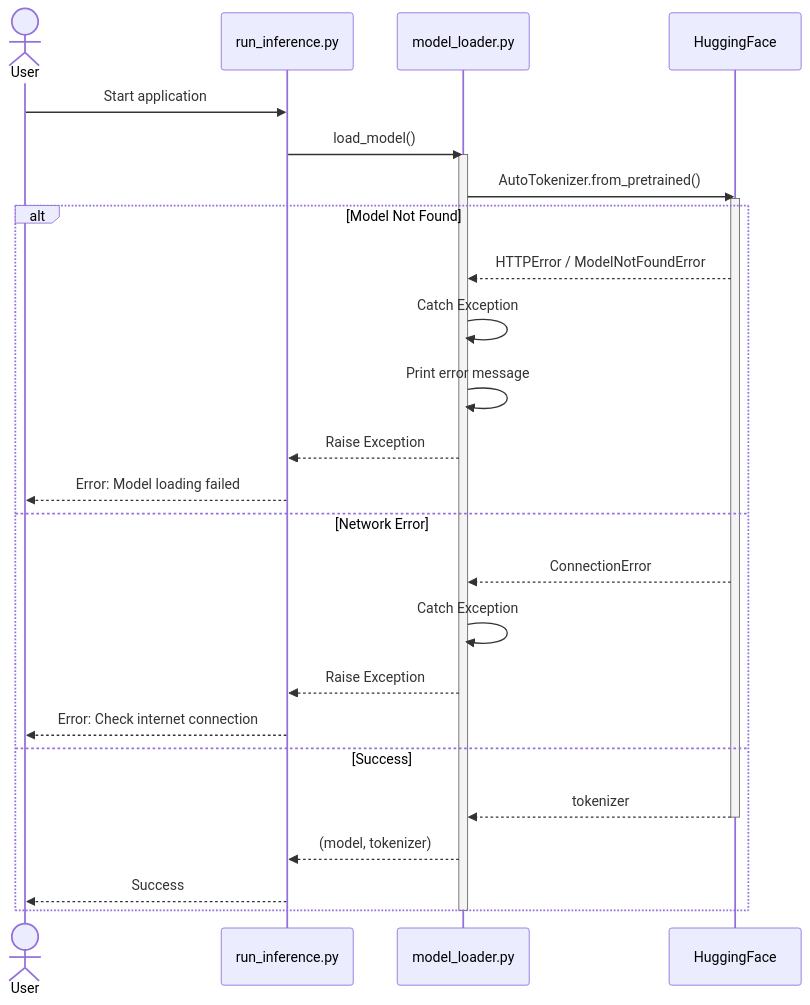
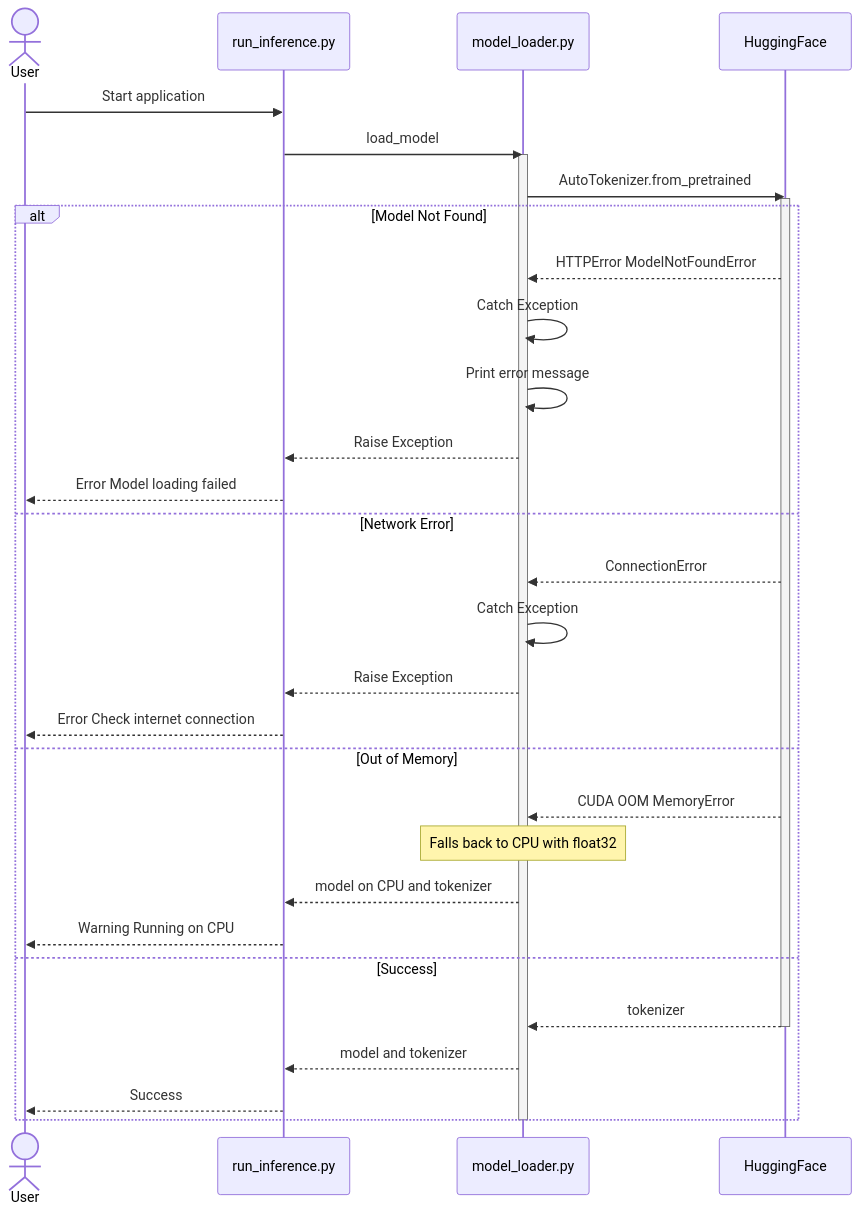
Before and after one commit to nayanjha16/CodeGen-Implementations: the tenth of 11 diagrams in docs/sequence_diagrams.md, drawn with Mermaid. The commit also changed other lines of this file and 24 other files, not shown here.

````diff
--- a/docs/sequence_diagrams.md
+++ b/docs/sequence_diagrams.md
@@ -279,33 +509,38 @@
 ```mermaid
 sequenceDiagram
     actor User
     participant Main as run_inference.py
     participant Loader as model_loader.py
     participant HF as HuggingFace
     
     User->>Main: Start application
-    Main->>Loader: load_model()
+    Main->>Loader: load_model
     activate Loader
     
-    Loader->>HF: AutoTokenizer.from_pretrained()
+    Loader->>HF: AutoTokenizer.from_pretrained
     activate HF
     
     alt Model Not Found
-        HF-->>Loader: HTTPError / ModelNotFoundError
+        HF-->>Loader: HTTPError ModelNotFoundError
         Loader->>Loader: Catch Exception
         Loader->>Loader: Print error message
         Loader-->>Main: Raise Exception
-        Main-->>User: Error: Model loading failed
+        Main-->>User: Error Model loading failed
     else Network Error
         HF-->>Loader: ConnectionError
         Loader->>Loader: Catch Exception
         Loader-->>Main: Raise Exception
-        Main-->>User: Error: Check internet connection
+        Main-->>User: Error Check internet connection
+    else Out of Memory
+        HF-->>Loader: CUDA OOM MemoryError
+        Note over Loader: Falls back to CPU with float32
+        Loader-->>Main: model on CPU and tokenizer
+        Main-->>User: Warning Running on CPU
     else Success
         HF-->>Loader: tokenizer
         deactivate HF
-        Loader-->>Main: (model, tokenizer)
+        Loader-->>Main: model and tokenizer
         Main-->>User: Success
     end
     deactivate Loader
 ```
````
